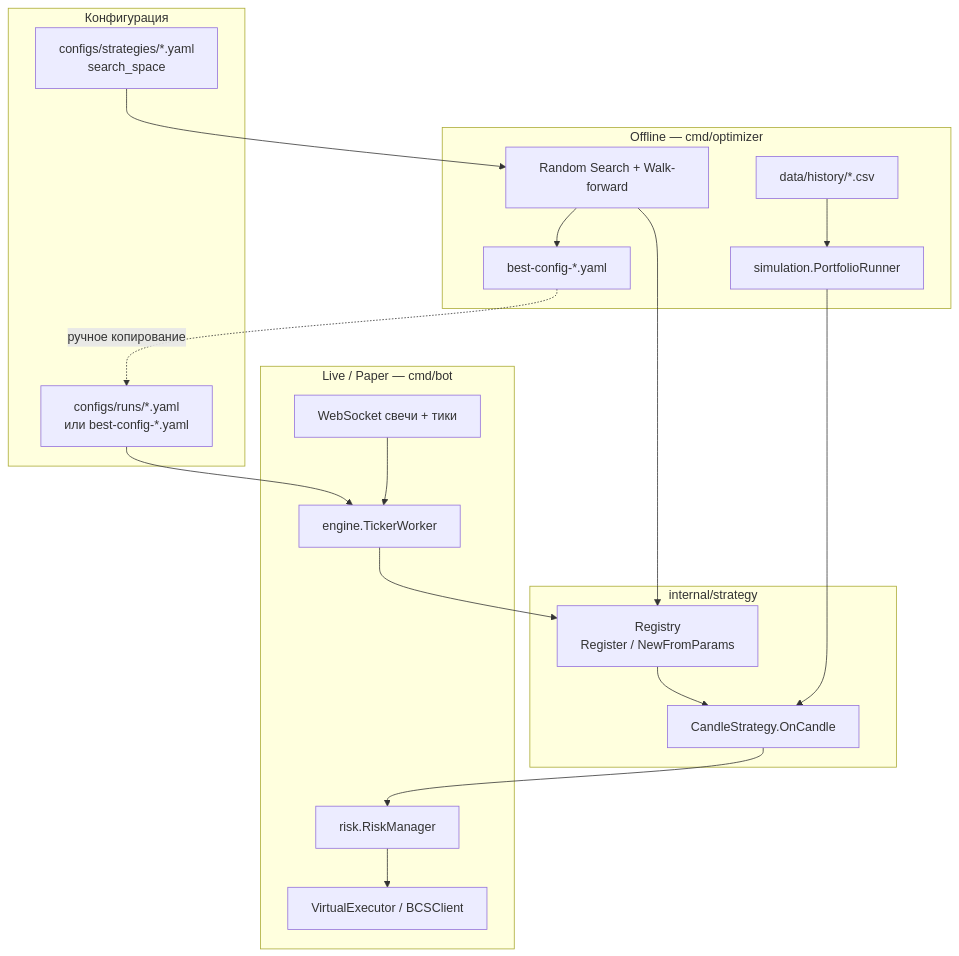
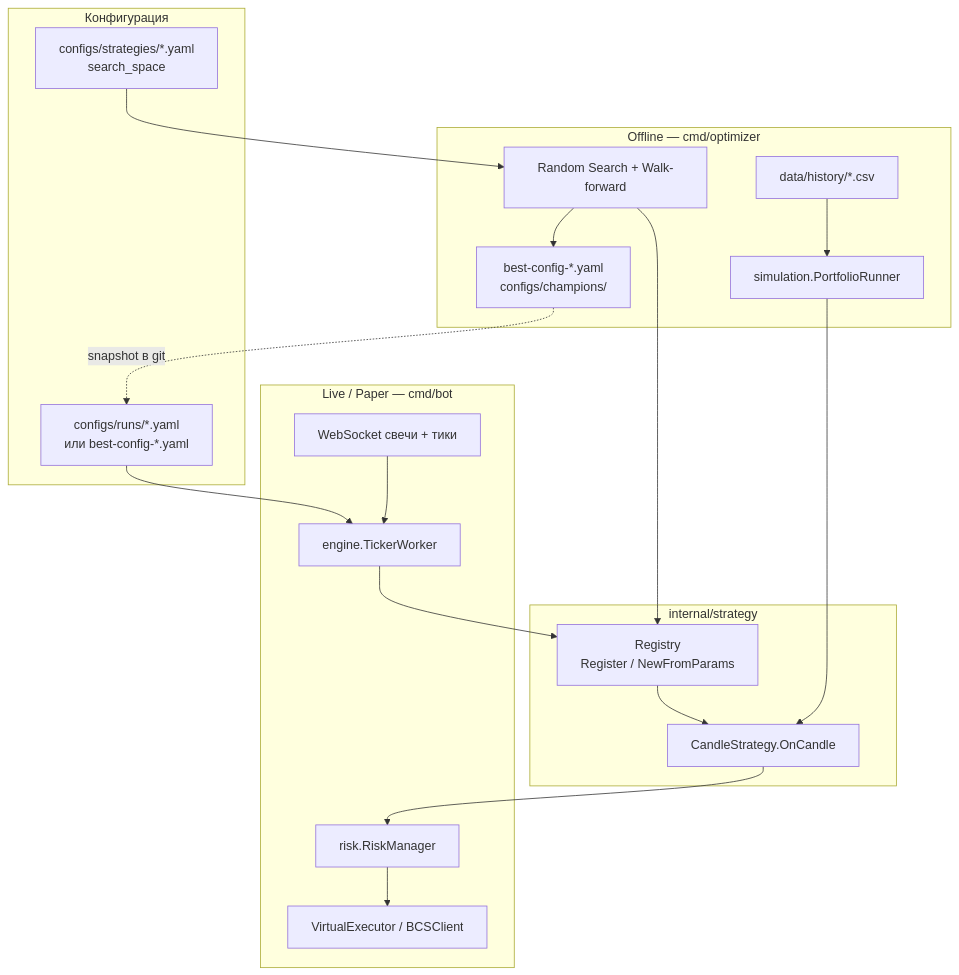
Before and after one commit to motokazmin/bcs-trading-bot: the diagram in docs/strategies.md, drawn with Mermaid. The commit also changed other lines of this file and 43 other files, not shown here.

````diff
--- a/docs/strategies.md
+++ b/docs/strategies.md
@@ -69,38 +72,38 @@
 ```mermaid
 flowchart TB
     subgraph config["Конфигурация"]
         YAML["configs/runs/*.yaml<br/>или best-config-*.yaml"]
         SS["configs/strategies/*.yaml<br/>search_space"]
     end
 
     subgraph strategy_pkg["internal/strategy"]
         REG["Registry<br/>Register / NewFromParams"]
         CS["CandleStrategy.OnCandle"]
     end
 
     subgraph bot["Live / Paper — cmd/bot"]
         WS["WebSocket свечи + тики"]
         TW["engine.TickerWorker"]
         RM["risk.RiskManager"]
         EX["VirtualExecutor / BCSClient"]
     end
 
     subgraph opt["Offline — cmd/optimizer"]
         CSV["data/history/*.csv"]
         SIM["simulation.PortfolioRunner"]
         RS["Random Search + Walk-forward"]
-        OUT["best-config-*.yaml"]
+        OUT["best-config-*.yaml<br/>configs/champions/"]
     end
 
     YAML --> TW
     TW --> REG --> CS
     WS --> TW
     CS --> RM --> EX
 
     SS --> RS
     CSV --> SIM
     RS --> REG
     SIM --> CS
     RS --> OUT
-    OUT -. "ручное копирование" .-> YAML
+    OUT -. "snapshot в git" .-> YAML
 ```
````
